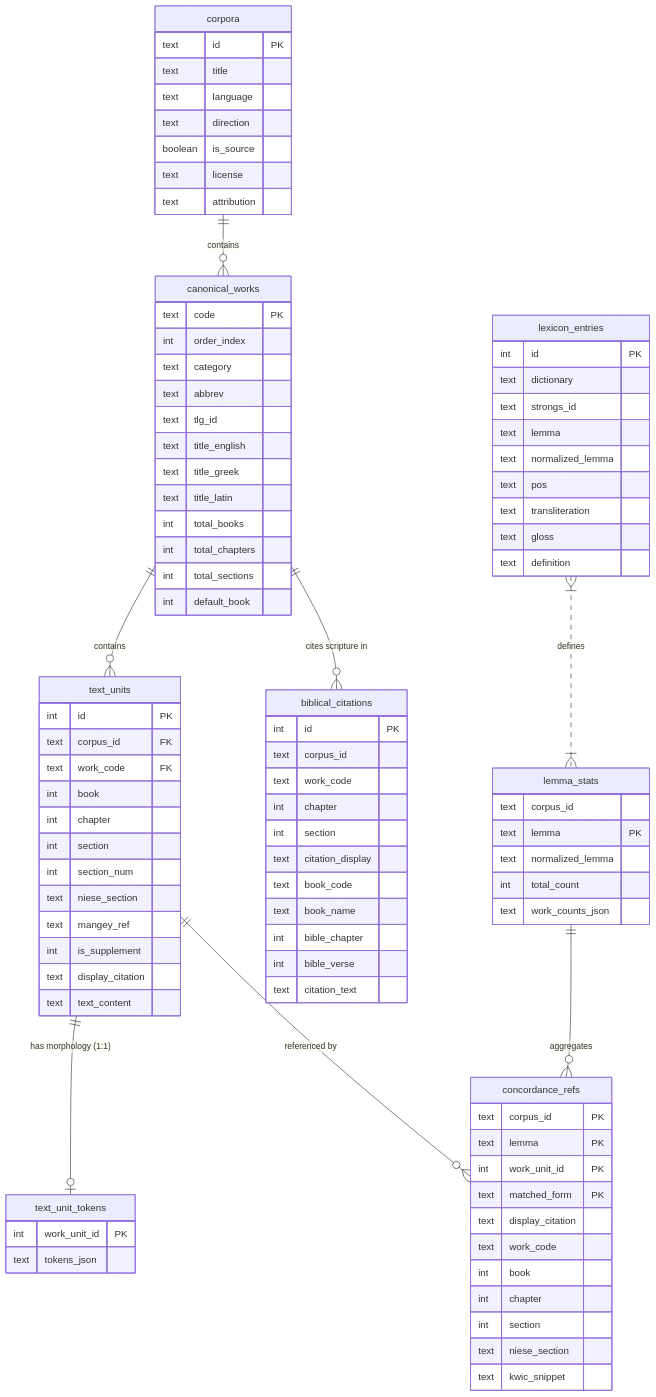
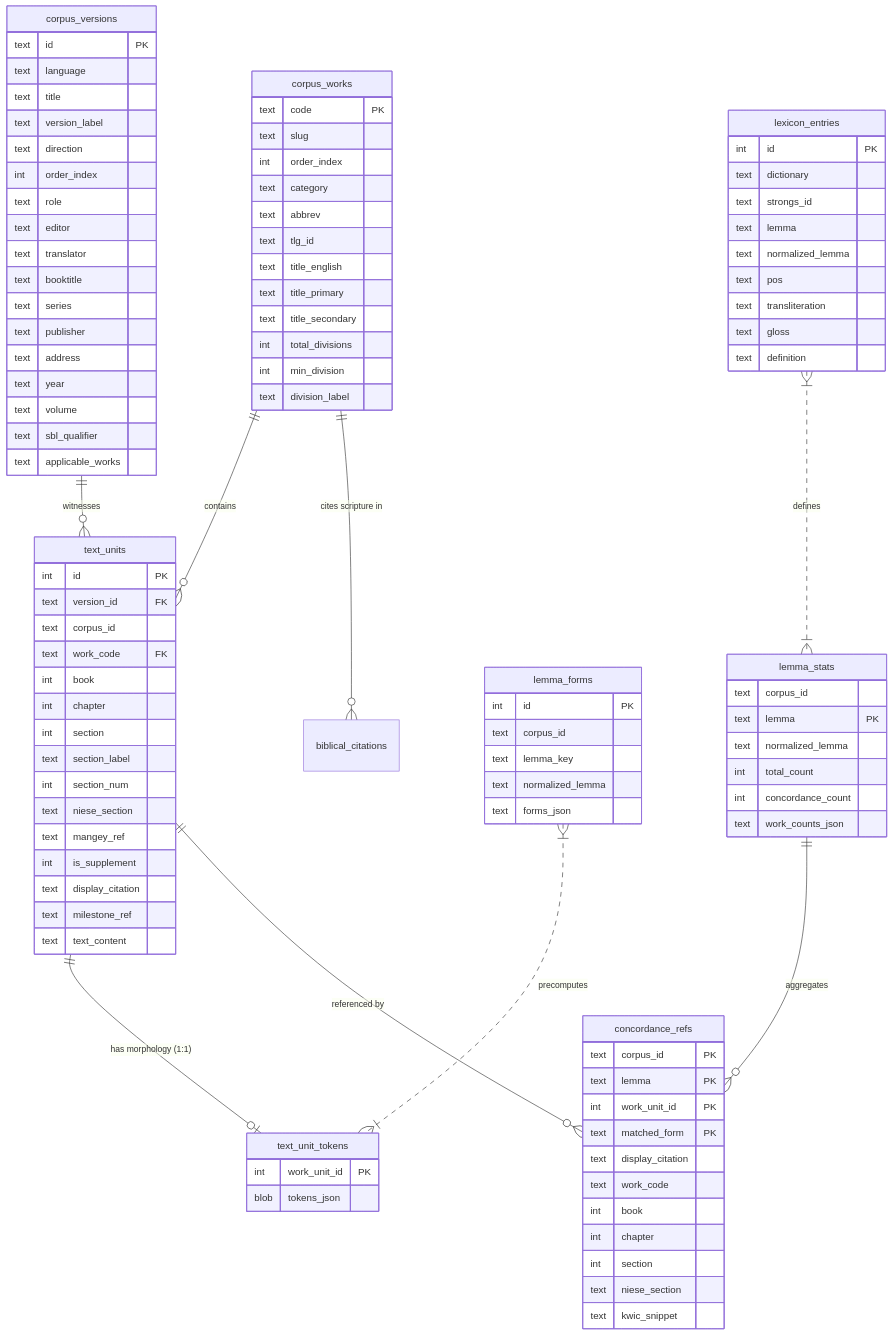
One commit to cbop-dev/polyglot-suite changed the diagram in apps/ancient-corpora-reader/docs/database-design.md. Above: the diagram before and after it, drawn with Mermaid. The commit also changed other lines of this file and 16 other files, not shown here.

````diff
--- a/apps/ancient-corpora-reader/docs/database-design.md
+++ b/apps/ancient-corpora-reader/docs/database-design.md
@@ -75,56 +82,70 @@
 ```mermaid
 erDiagram
-    corpora ||--o{ canonical_works : contains
-    canonical_works ||--o{ text_units : contains
+    corpus_versions ||--o{ text_units : "witnesses"
+    corpus_works ||--o{ text_units : "contains"
     text_units ||--o| text_unit_tokens : "has morphology (1:1)"
     text_units ||--o{ concordance_refs : "referenced by"
-    lemma_stats ||--o{ concordance_refs : aggregates
-    lexicon_entries }|..|{ lemma_stats : defines
-    canonical_works ||--o{ biblical_citations : "cites scripture in"
+    lemma_stats ||--o{ concordance_refs : "aggregates"
+    lexicon_entries }|..|{ lemma_stats : "defines"
+    lemma_forms }|..|{ text_unit_tokens : "precomputes"
+    corpus_works ||--o{ biblical_citations : "cites scripture in"
 
-    corpora {
+    corpus_versions {
         text id PK
+        text language
         text title
-        text language
+        text version_label
         text direction
-        boolean is_source
-        text license
-        text attribution
+        int order_index
+        text role
+        text editor
+        text translator
+        text booktitle
+        text series
+        text publisher
+        text address
+        text year
+        text volume
+        text sbl_qualifier
+        text applicable_works
     }
 
-    canonical_works {
+    corpus_works {
         text code PK
+        text slug
         int order_index
         text category
         text abbrev
         text tlg_id
         text title_english
-        text title_greek
-        text title_latin
-        int total_books
-        int total_chapters
-        int total_sections
-        int default_book
+        text title_primary
+        text title_secondary
+        int total_divisions
+        int min_division
+        text division_label
     }
 
     text_units {
         int id PK
-        text corpus_id FK
+        text version_id FK
+        text corpus_id
         text work_code FK
         int book
         int chapter
         int section
+        text section_label
         int section_num
         text niese_section
         text mangey_ref
         int is_supplement
         text display_citation
+        text milestone_ref
         text text_content
     }
 
     text_unit_tokens {
         int work_unit_id PK
-        text tokens_json
+        blob tokens_json
     }
 
     concordance_refs {
@@ -141,11 +162,20 @@
         text kwic_snippet
     }
 
+    lemma_forms {
+        int id PK
+        text corpus_id
+        text lemma_key
+        text normalized_lemma
+        text forms_json
+    }
+
     lemma_stats {
         text corpus_id
         text lemma PK
         text normalized_lemma
         int total_count
+        int concordance_count
         text work_counts_json
     }
 
@@ -160,18 +190,4 @@
         text gloss
         text definition
     }
-
-    biblical_citations {
-        int id PK
-        text corpus_id
-        text work_code
-        int chapter
-        int section
-        text citation_display
-        text book_code
-        text book_name
-        int bible_chapter
-        int bible_verse
-        text citation_text
-    }
 ```
````
